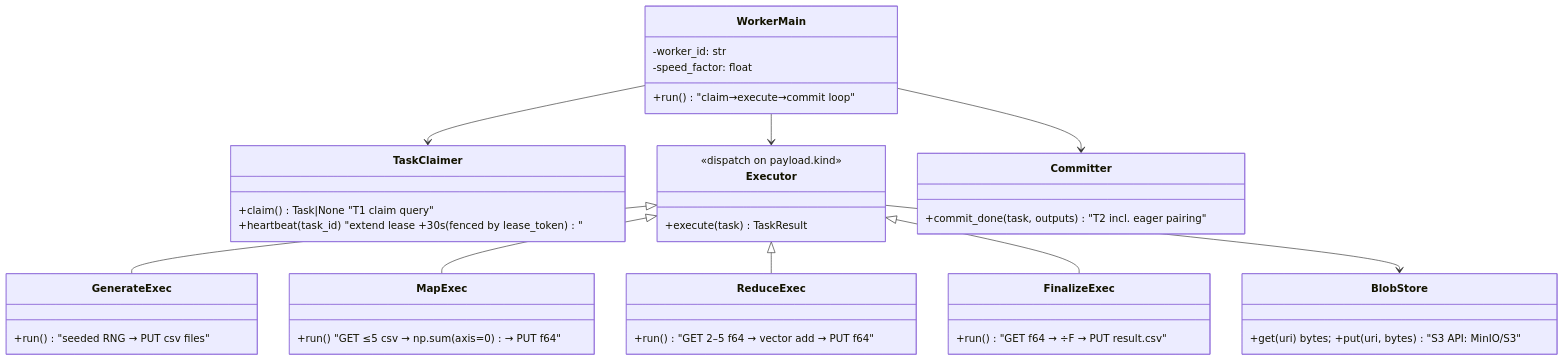
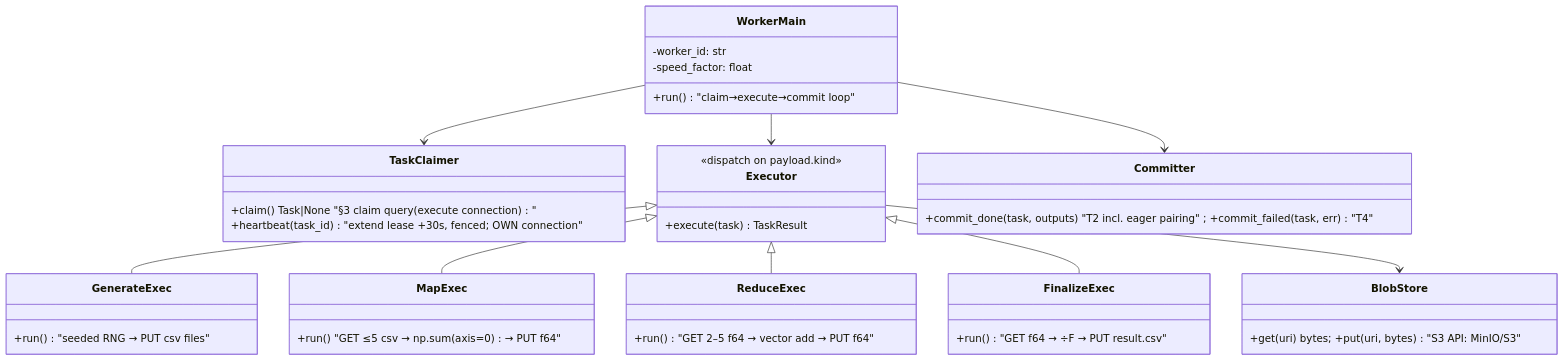
Before and after one commit to samkit-ti/outreach: the diagram in Desktop/2026/switch-prep/distributed-mean/docs/v2/03-lld.md, drawn with Mermaid. The commit also changed other lines of this file and 13 other files, not shown here.

````diff
--- a/Desktop/2026/switch-prep/distributed-mean/docs/v2/03-lld.md
+++ b/Desktop/2026/switch-prep/distributed-mean/docs/v2/03-lld.md
@@ -265,31 +435,31 @@
 ```mermaid
 classDiagram
     class WorkerMain {
         +run() "claim→execute→commit loop"
         -worker_id: str
         -speed_factor: float
     }
     class TaskClaimer {
-        +claim() Task|None  "T1 claim query"
-        +heartbeat(task_id) "extend lease +30s (fenced by lease_token)"
+        +claim() Task|None  "§3 claim query (execute connection)"
+        +heartbeat(task_id) "extend lease +30s, fenced; OWN connection"
     }
     class Executor {
         <<dispatch on payload.kind>>
         +execute(task) TaskResult
     }
     class GenerateExec { +run() "seeded RNG → PUT csv files" }
     class MapExec      { +run() "GET ≤5 csv → np.sum(axis=0) → PUT f64" }
     class ReduceExec   { +run() "GET 2–5 f64 → vector add → PUT f64" }
     class FinalizeExec { +run() "GET f64 → ÷F → PUT result.csv" }
     class BlobStore    { +get(uri) bytes; +put(uri, bytes) "S3 API: MinIO/S3" }
-    class Committer    { +commit_done(task, outputs) "T2 incl. eager pairing" }
+    class Committer    { +commit_done(task, outputs) "T2 incl. eager pairing" ; +commit_failed(task, err) "T4" }
 
     WorkerMain --> TaskClaimer
     WorkerMain --> Executor
     Executor <|-- GenerateExec
     Executor <|-- MapExec
     Executor <|-- ReduceExec
     Executor <|-- FinalizeExec
     Executor --> BlobStore
     WorkerMain --> Committer
 ```
````
